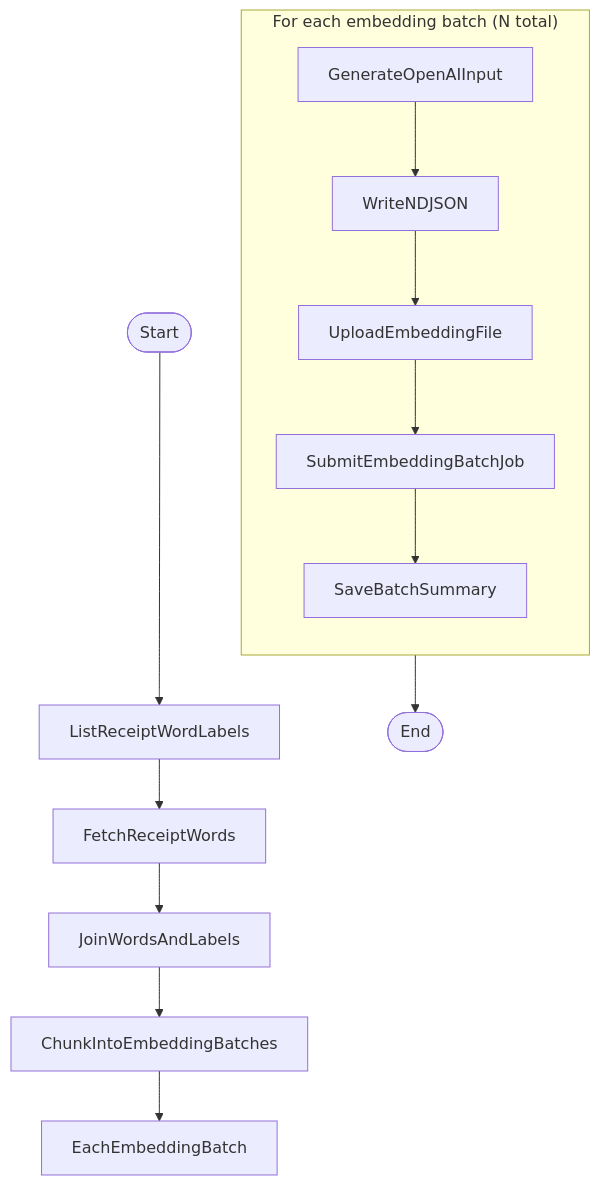
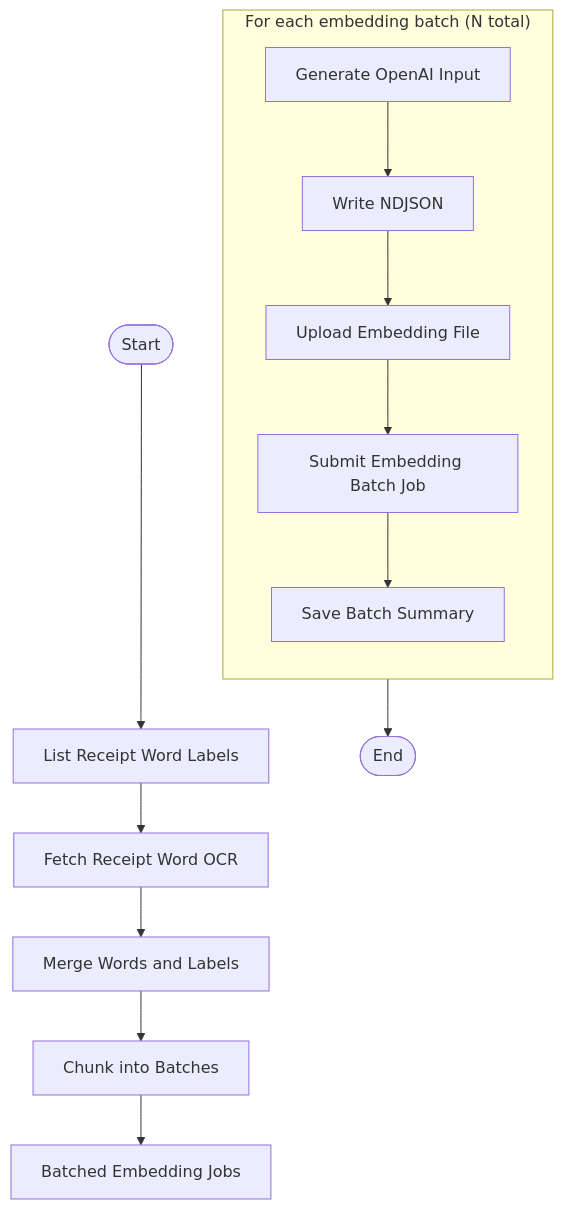
The diagram in receipt_label/submit_embedding_batch/README.md (tnorlund/Portfolio), drawn with Mermaid before and after one commit.

Commit message:
✍️ Labeled Diagram

````diff
--- a/receipt_label/submit_embedding_batch/README.md
+++ b/receipt_label/submit_embedding_batch/README.md
@@ -47,19 +47,19 @@
 ```mermaid
 flowchart TD
-    Start([Start]) --> ListReceiptWordLabels
-    ListReceiptWordLabels --> FetchReceiptWords
-    FetchReceiptWords --> JoinWordsAndLabels
-    JoinWordsAndLabels --> ChunkIntoEmbeddingBatches
+    Start([Start]) --> ListReceiptWordLabels["List Receipt Word Labels"]
+    ListReceiptWordLabels --> FetchReceiptWords["Fetch Receipt Word OCR"]
+    FetchReceiptWords --> JoinWordsAndLabels["Merge Words and Labels"]
+    JoinWordsAndLabels --> ChunkIntoEmbeddingBatches["Chunk into Batches"]
 
-    ChunkIntoEmbeddingBatches --> EachEmbeddingBatch
+    ChunkIntoEmbeddingBatches --> EachEmbeddingBatch["Batched Embedding Jobs"]
 
     subgraph "For each embedding batch (N total)"
         direction TB
-        GenerateOpenAIInput --> WriteNDJSON
-        WriteNDJSON --> UploadEmbeddingFile
-        UploadEmbeddingFile --> SubmitEmbeddingBatchJob
-        SubmitEmbeddingBatchJob --> SaveBatchSummary
+        GenerateOpenAIInput["Generate OpenAI Input"] --> WriteNDJSON["Write NDJSON"]
+        WriteNDJSON --> UploadEmbeddingFile["Upload Embedding File"]
+        UploadEmbeddingFile --> SubmitEmbeddingBatchJob["Submit Embedding Batch Job"]
+        SubmitEmbeddingBatchJob --> SaveBatchSummary["Save Batch Summary"]
     end
 
     SaveBatchSummary --> End([End])
 ```
````
